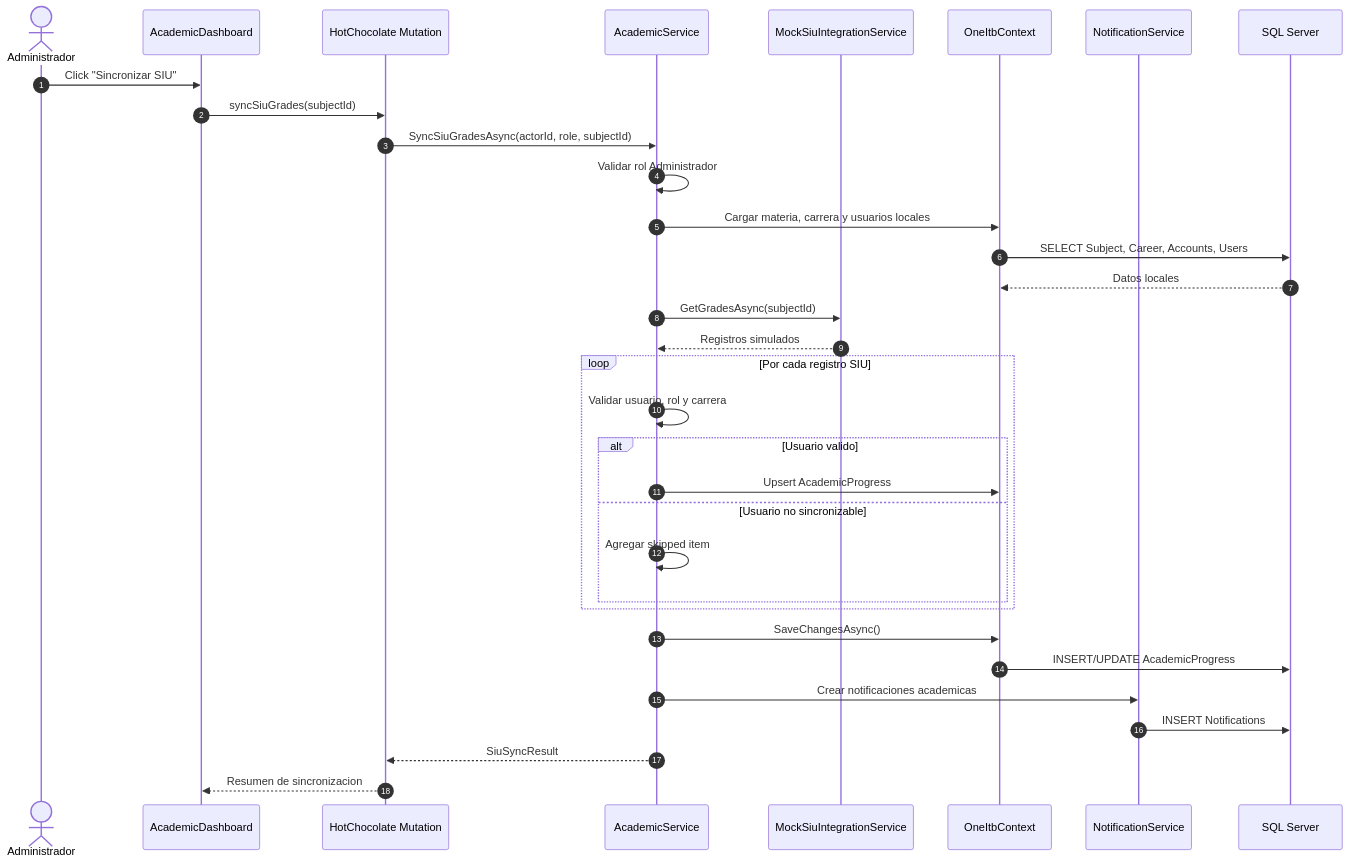
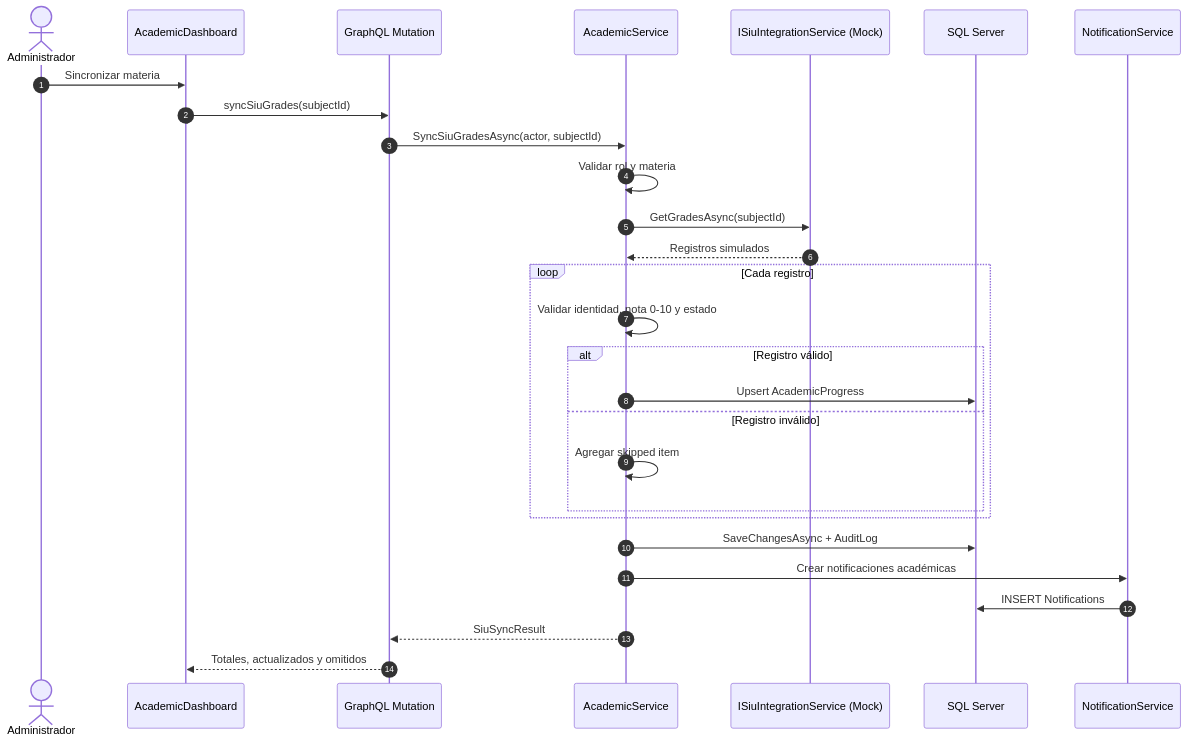
One commit to fagdiaz/OneITB changed the eighth of 13 diagrams in docs/academic/04-design-diagrams.md. Above: the diagram before and after it, drawn with Mermaid. The commit also changed other lines of this file and 58 other files, not shown here.

````diff
--- a/docs/academic/04-design-diagrams.md
+++ b/docs/academic/04-design-diagrams.md
@@ -184,38 +545,32 @@
 ```mermaid
+%%{init: {"theme": "default"}}%%
 sequenceDiagram
     autonumber
-    actor Admin as Administrador
+    actor A as Administrador
     participant FE as AcademicDashboard
-    participant GQL as HotChocolate Mutation
-    participant Academic as AcademicService
-    participant SIU as MockSiuIntegrationService
-    participant EF as OneItbContext
-    participant Notify as NotificationService
+    participant GQL as GraphQL Mutation
+    participant S as AcademicService
+    participant SIU as ISiuIntegrationService (Mock)
     participant DB as SQL Server
+    participant N as NotificationService
 
-    Admin->>FE: Click "Sincronizar SIU"
+    A->>FE: Sincronizar materia
     FE->>GQL: syncSiuGrades(subjectId)
-    GQL->>Academic: SyncSiuGradesAsync(actorId, role, subjectId)
-    Academic->>Academic: Validar rol Administrador
-    Academic->>EF: Cargar materia, carrera y usuarios locales
-    EF->>DB: SELECT Subject, Career, Accounts, Users
-    DB-->>EF: Datos locales
-    Academic->>SIU: GetGradesAsync(subjectId)
-    SIU-->>Academic: Registros simulados
-
-    loop Por cada registro SIU
-        Academic->>Academic: Validar usuario, rol y carrera
-        alt Usuario valido
-            Academic->>EF: Upsert AcademicProgress
-        else Usuario no sincronizable
-            Academic->>Academic: Agregar skipped item
+    GQL->>S: SyncSiuGradesAsync(actor, subjectId)
+    S->>S: Validar rol y materia
+    S->>SIU: GetGradesAsync(subjectId)
+    SIU-->>S: Registros simulados
+    loop Cada registro
+        S->>S: Validar identidad, nota 0-10 y estado
+        alt Registro válido
+            S->>DB: Upsert AcademicProgress
+        else Registro inválido
+            S->>S: Agregar skipped item
         end
     end
-
-    Academic->>EF: SaveChangesAsync()
-    EF->>DB: INSERT/UPDATE AcademicProgress
-    Academic->>Notify: Crear notificaciones academicas
-    Notify->>DB: INSERT Notifications
-    Academic-->>GQL: SiuSyncResult
-    GQL-->>FE: Resumen de sincronizacion
+    S->>DB: SaveChangesAsync + AuditLog
+    S->>N: Crear notificaciones académicas
+    N->>DB: INSERT Notifications
+    S-->>GQL: SiuSyncResult
+    GQL-->>FE: Totales, actualizados y omitidos
 ```
````
